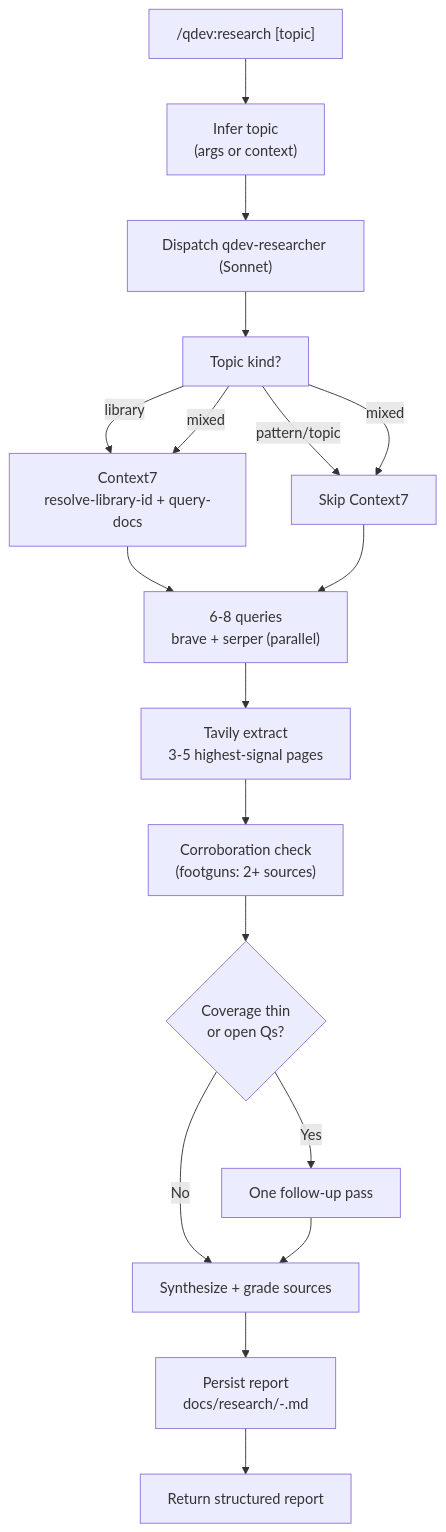
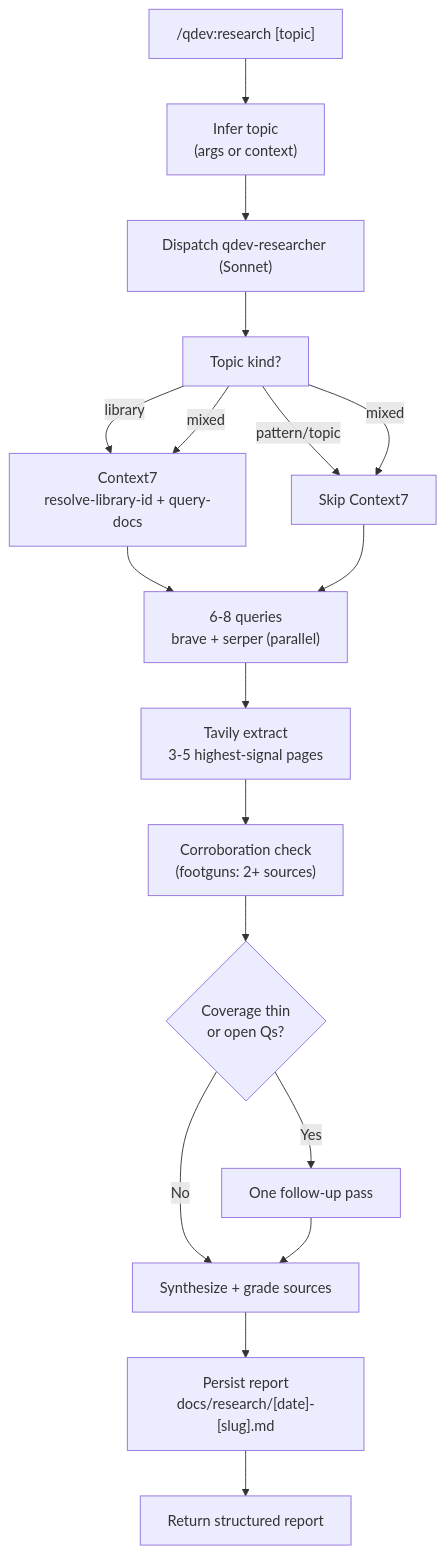
Before and after one commit to L3DigitalNet/Claude-Code-Plugins: the second of 2 diagrams in plugins/qdev/README.md, drawn with Mermaid. The commit also changed other lines of this file, not shown here.

First line of the commit message:
qdev(README): fix mermaid label, prune-cmd safety, prose polish

````diff
--- a/plugins/qdev/README.md
+++ b/plugins/qdev/README.md
@@ -57,20 +57,20 @@
 ```mermaid
 flowchart TD
     A["/qdev:research [topic]"] --> B["Infer topic<br/>(args or context)"]
     B --> C["Dispatch qdev-researcher (Sonnet)"]
     C --> D["Topic kind?"]
     D -->|library| E["Context7<br/>resolve-library-id + query-docs"]
     D -->|pattern/topic| F["Skip Context7"]
     D -->|mixed| E
     D -->|mixed| F
     E --> G["6-8 queries<br/>brave + serper (parallel)"]
     F --> G
     G --> H["Tavily extract<br/>3-5 highest-signal pages"]
     H --> I["Corroboration check<br/>(footguns: 2+ sources)"]
     I --> J{"Coverage thin<br/>or open Qs?"}
     J -->|Yes| K["One follow-up pass"]
     J -->|No| L["Synthesize + grade sources"]
     K --> L
-    L --> M["Persist report<br/>docs/research/<date>-<slug>.md"]
+    L --> M["Persist report<br/>docs/research/[date]-[slug].md"]
     M --> N["Return structured report"]
 ```
````
